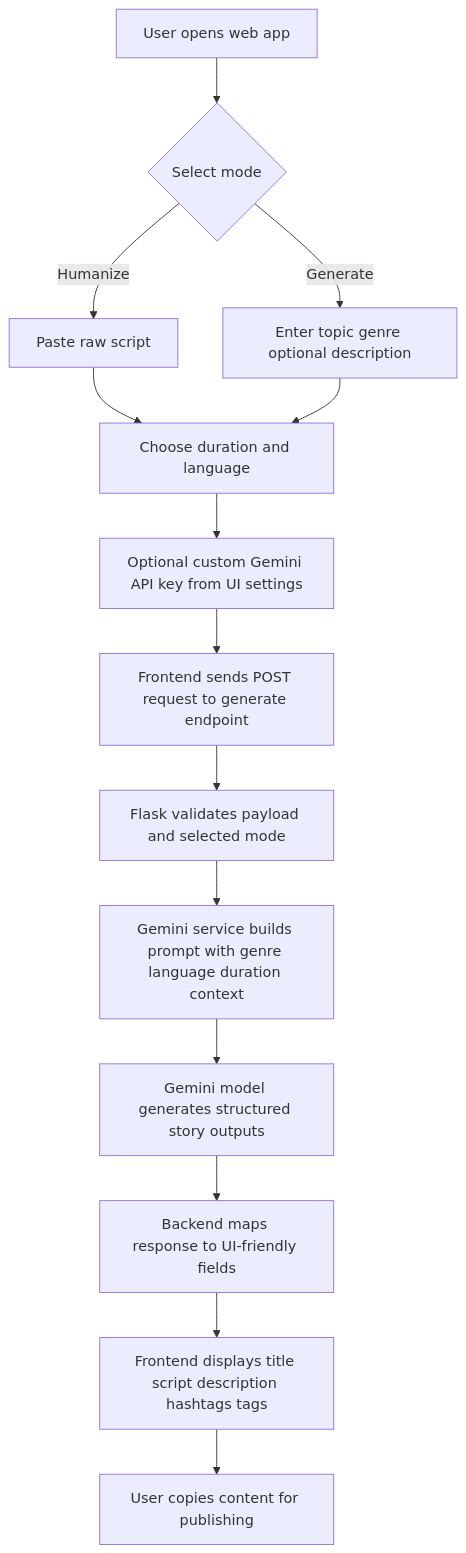
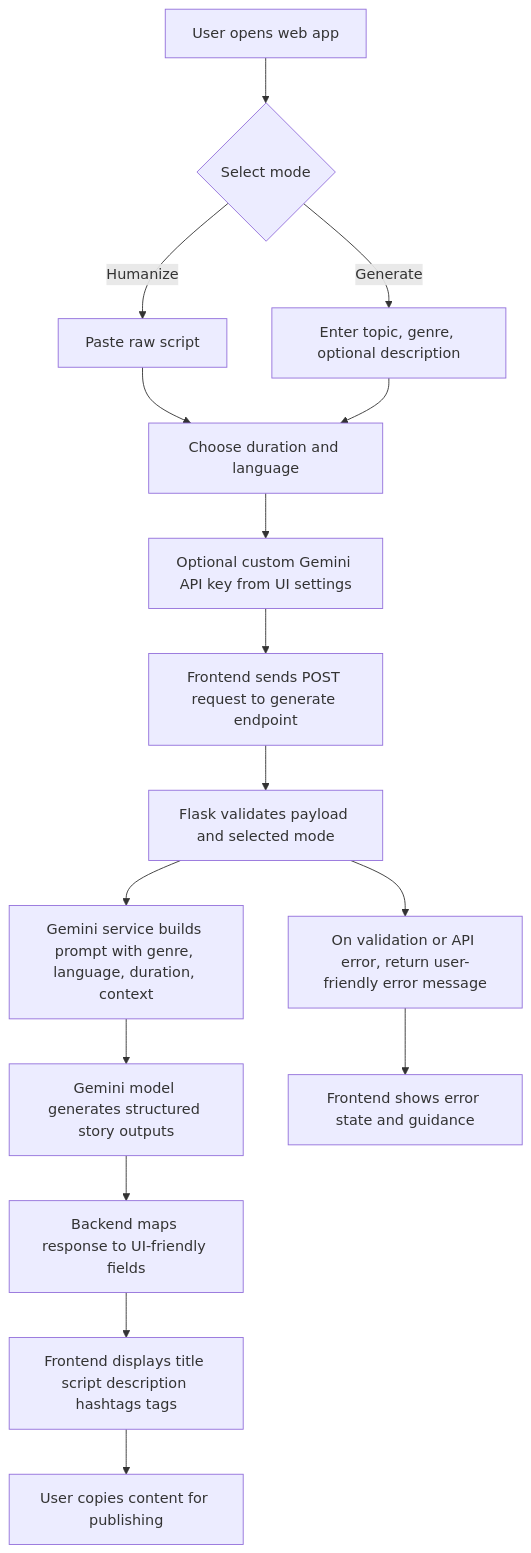
One commit to mittal122/Story-Making-agent-PromptPerfect changed the first of 2 diagrams in README.md. Above: the diagram before and after it, drawn with Mermaid. The commit also changed other lines of this file, not shown here.

````diff
--- a/README.md
+++ b/README.md
@@ -34,16 +34,18 @@
 ```mermaid
 flowchart TD
     A[User opens web app] --> B{Select mode}
     B -->|Humanize| C[Paste raw script]
-    B -->|Generate| D[Enter topic genre optional description]
+    B -->|Generate| D[Enter topic, genre, optional description]
     C --> E[Choose duration and language]
     D --> E
     E --> F[Optional custom Gemini API key from UI settings]
     F --> G[Frontend sends POST request to generate endpoint]
     G --> H[Flask validates payload and selected mode]
-    H --> I[Gemini service builds prompt with genre language duration context]
+    H --> I[Gemini service builds prompt with genre, language, duration, context]
     I --> J[Gemini model generates structured story outputs]
     J --> K[Backend maps response to UI-friendly fields]
     K --> L[Frontend displays title script description hashtags tags]
     L --> M[User copies content for publishing]
+    H --> N[On validation or API error, return user-friendly error message]
+    N --> O[Frontend shows error state and guidance]
 ```
````
